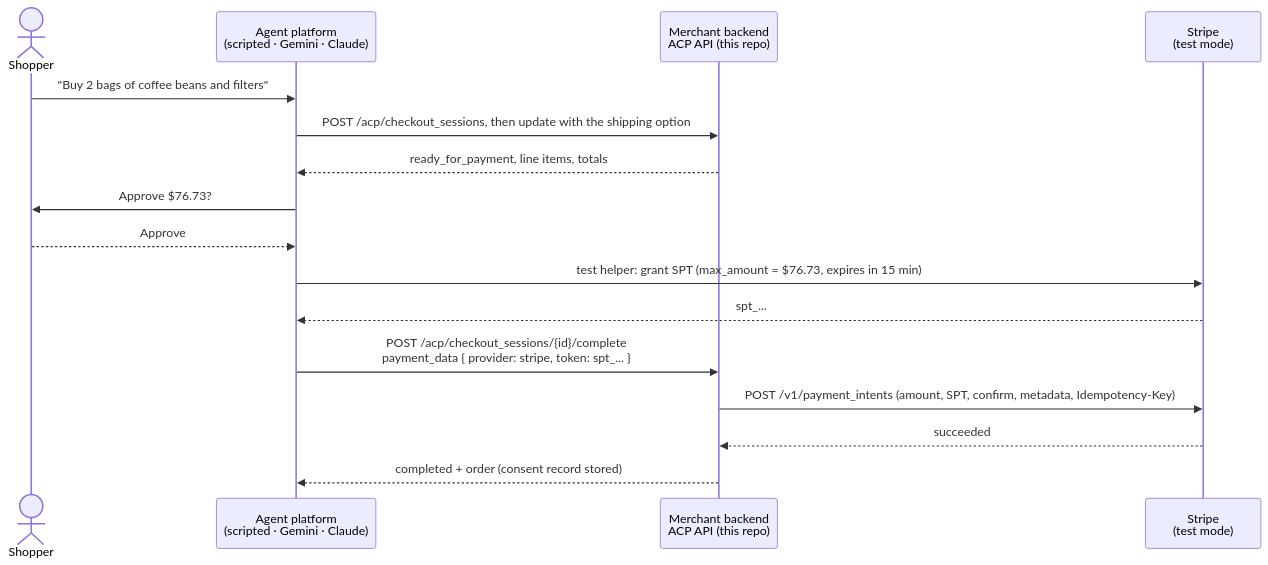
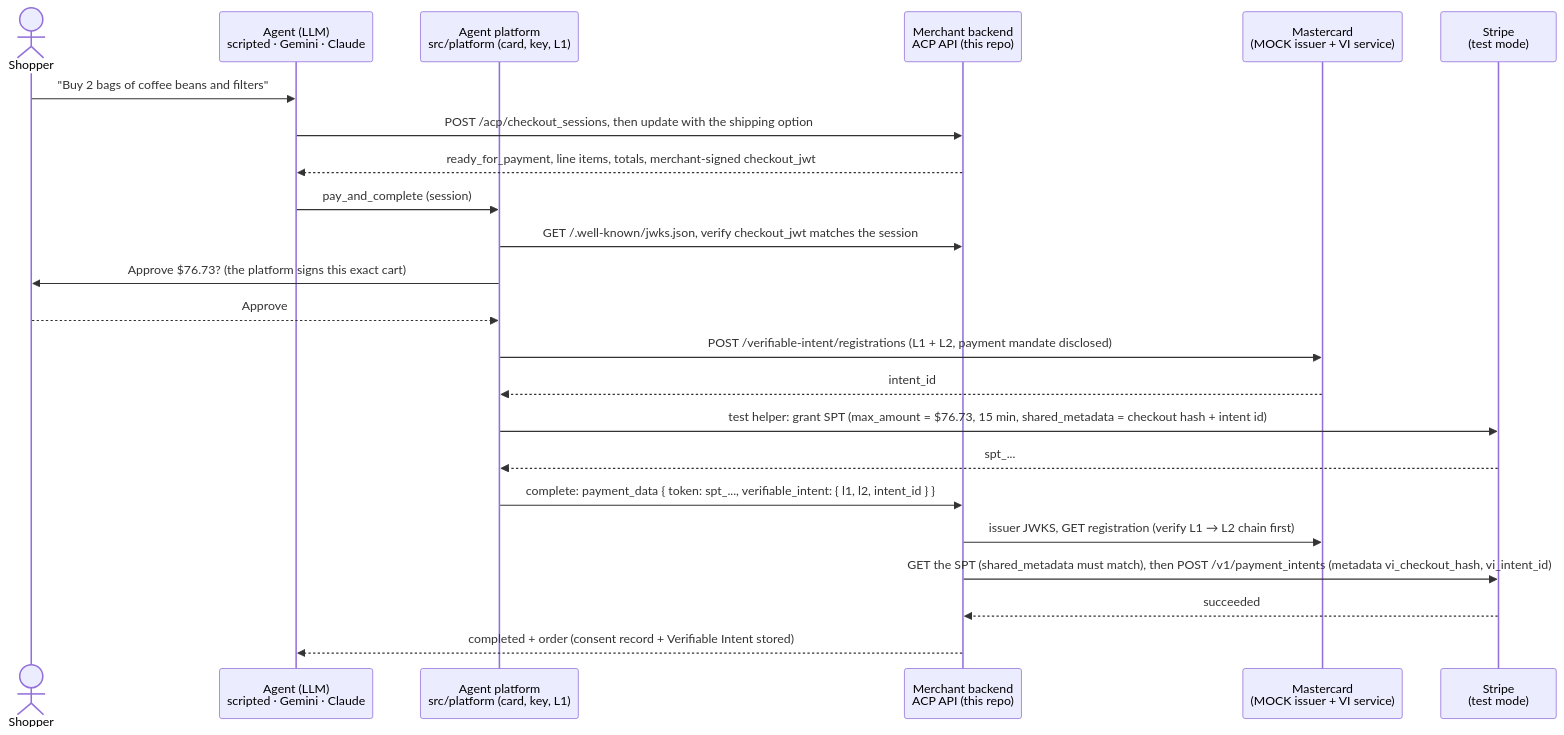
One commit to muhammednursoy/agentic-commerce-poc changed the first of 2 diagrams in README.md. Above: the diagram before and after it, drawn with Mermaid. The commit also changed other lines of this file and 26 other files, not shown here.

First line of the commit message:
Bind agent payments to the approved cart with Mastercard Verifiable Intent

````diff
--- a/README.md
+++ b/README.md
@@ -40,18 +40,25 @@
 ```mermaid
 sequenceDiagram
     actor S as Shopper
-    participant A as Agent platform<br/>(scripted · Gemini · Claude)
+    participant A as Agent (LLM)<br/>scripted · Gemini · Claude
+    participant P as Agent platform<br/>src/platform (card, key, L1)
     participant M as Merchant backend<br/>ACP API (this repo)
+    participant N as Mastercard<br/>(MOCK issuer + VI service)
     participant T as Stripe<br/>(test mode)
     S->>A: "Buy 2 bags of coffee beans and filters"
     A->>M: POST /acp/checkout_sessions, then update with the shipping option
-    M-->>A: ready_for_payment, line items, totals
-    A->>S: Approve $76.73?
-    S-->>A: Approve
-    A->>T: test helper: grant SPT (max_amount = $76.73, expires in 15 min)
-    T-->>A: spt_...
-    A->>M: POST /acp/checkout_sessions/{id}/complete<br/>payment_data { provider: stripe, token: spt_... }
-    M->>T: POST /v1/payment_intents (amount, SPT, confirm, metadata, Idempotency-Key)
+    M-->>A: ready_for_payment, line items, totals, merchant-signed checkout_jwt
+    A->>P: pay_and_complete (session)
+    P->>M: GET /.well-known/jwks.json, verify checkout_jwt matches the session
+    P->>S: Approve $76.73? (the platform signs this exact cart)
+    S-->>P: Approve
+    P->>N: POST /verifiable-intent/registrations (L1 + L2, payment mandate disclosed)
+    N-->>P: intent_id
+    P->>T: test helper: grant SPT (max_amount = $76.73, 15 min, shared_metadata = checkout hash + intent id)
+    T-->>P: spt_...
+    P->>M: complete: payment_data { token: spt_..., verifiable_intent: { l1, l2, intent_id } }
+    M->>N: issuer JWKS, GET registration (verify L1 → L2 chain first)
+    M->>T: GET the SPT (shared_metadata must match), then POST /v1/payment_intents (metadata vi_checkout_hash, vi_intent_id)
     T-->>M: succeeded
-    M-->>A: completed + order (consent record stored)
+    M-->>A: completed + order (consent record + Verifiable Intent stored)
 ```
````
